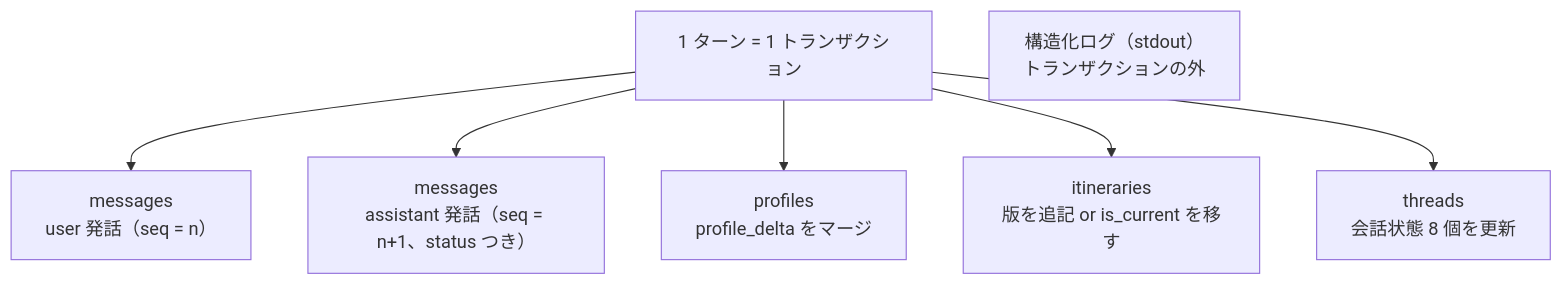
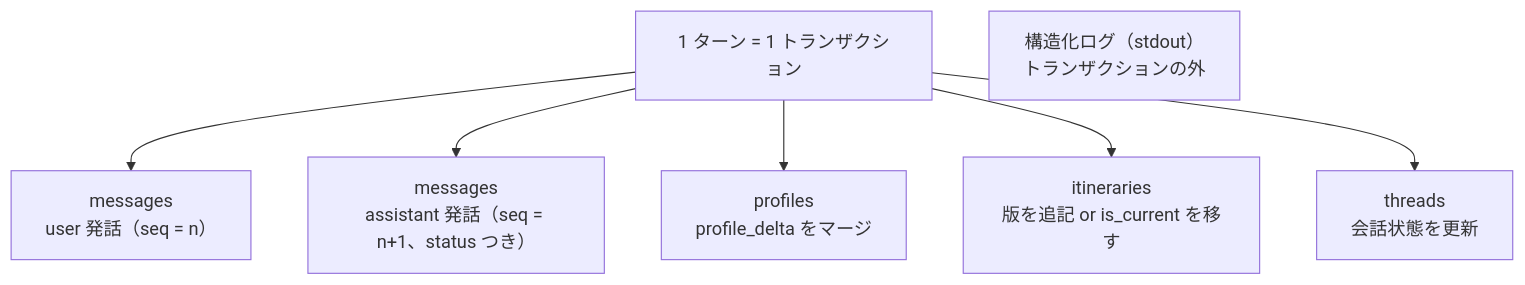
The second of 2 diagrams in Docs/30_design/data_model.md (TakaJun02/Cairn), drawn with Mermaid before and after one commit. The commit also changed other lines of this file and 56 other files, not shown here.

````diff
--- a/Docs/30_design/data_model.md
+++ b/Docs/30_design/data_model.md
@@ -772,10 +780,10 @@
 ```mermaid
 flowchart TB
   T["1 ターン = 1 トランザクション"]
   T --> M1["messages<br/>user 発話（seq = n）"]
   T --> M2["messages<br/>assistant 発話（seq = n+1、status つき）"]
   T --> P["profiles<br/>profile_delta をマージ"]
   T --> I["itineraries<br/>版を追記 or is_current を移す"]
-  T --> TH["threads<br/>会話状態 8 個を更新"]
+  T --> TH["threads<br/>会話状態を更新"]
   L["構造化ログ（stdout）<br/>トランザクションの外"]
 ```
````
